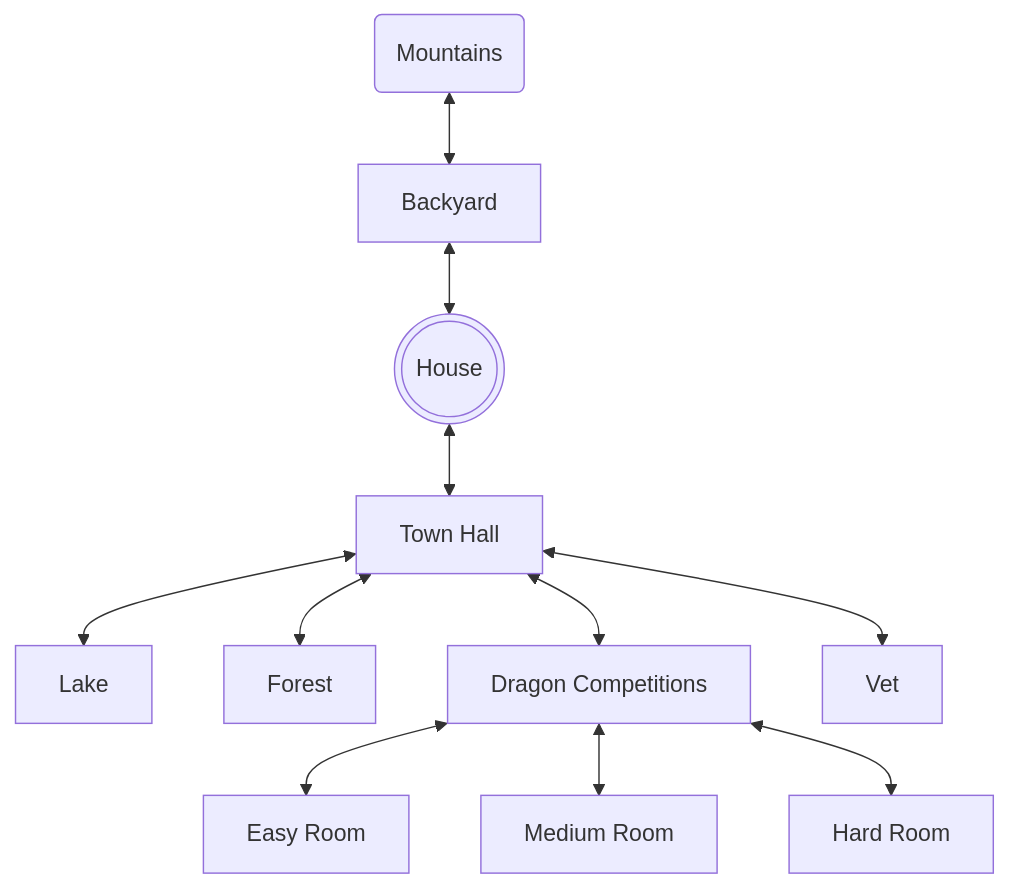
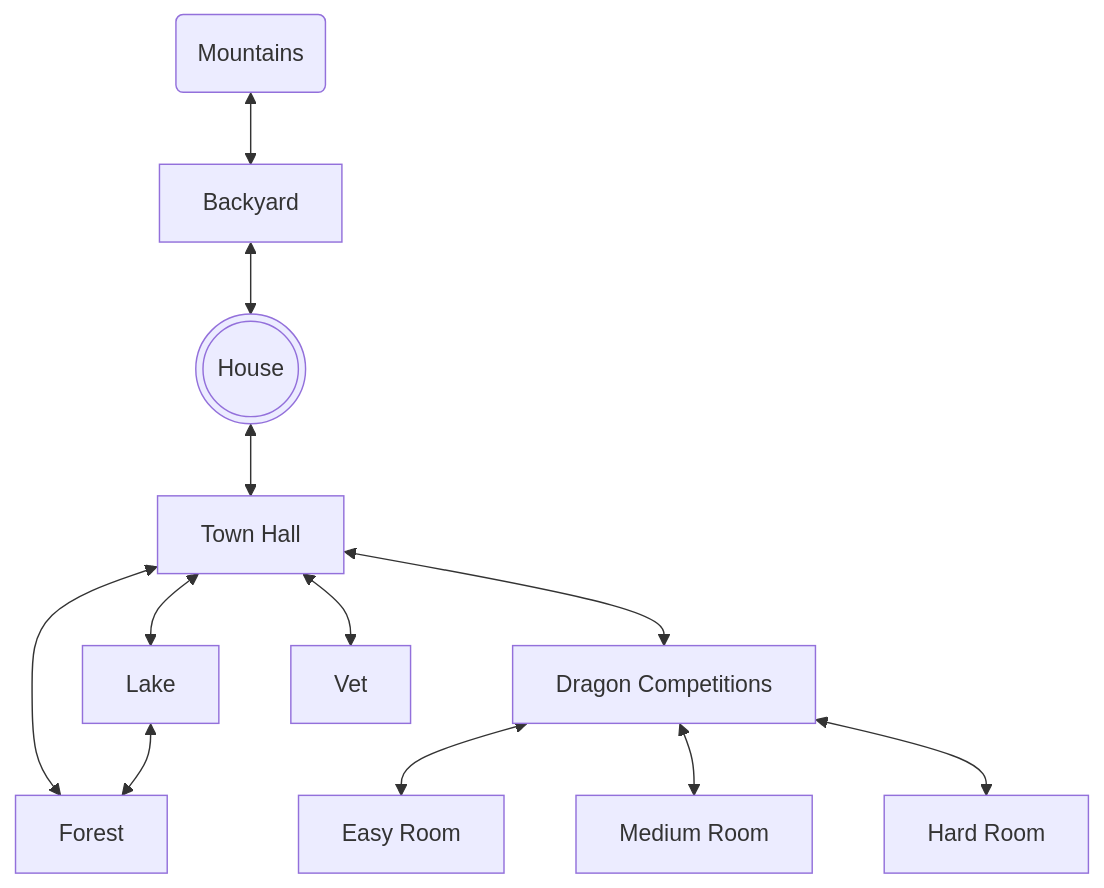
Before and after one commit to Sebastopolis841/Sebastopolis841.github.io: the diagram in projects/game/README.md, drawn with Mermaid.

Commit message:
Added a connection between the forest and the lake.

````diff
--- a/projects/game/README.md
+++ b/projects/game/README.md
@@ -9,18 +9,20 @@
 ```mermaid
 graph TD;
     mountains(Mountains)<-->Backyard;
 
     Backyard<-->house;
 
     house(((House)))<-->townHall[Town Hall];
 
     townHall<-->Lake;
     townHall<-->Forest;
     townHall<-->comps[Dragon Competitions];
     townHall<-->Vet;
 
+    Lake<-->Forest
+
     comps<-->easy[Easy Room];
     comps<-->mid[Medium Room];
     comps<-->hard[Hard Room];
 
 ```
````
